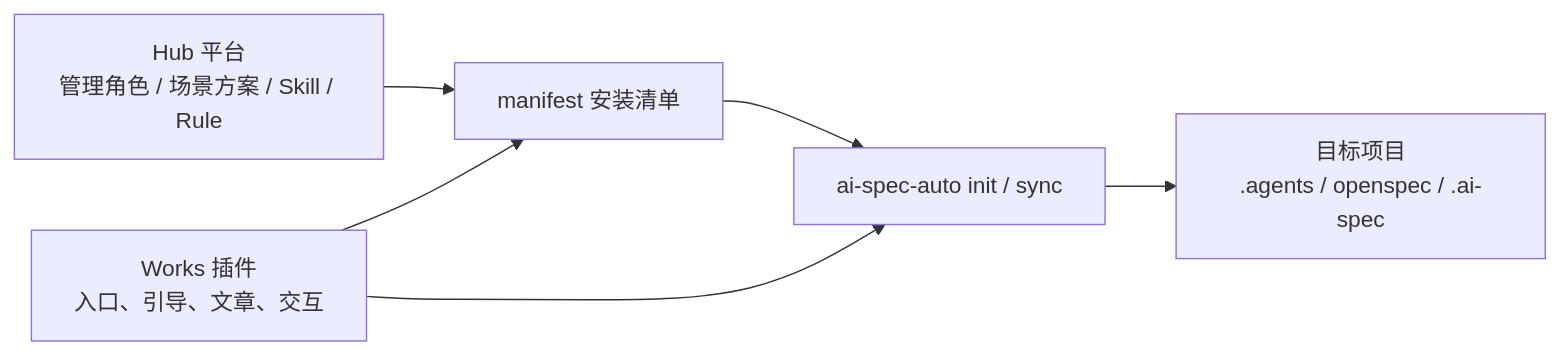
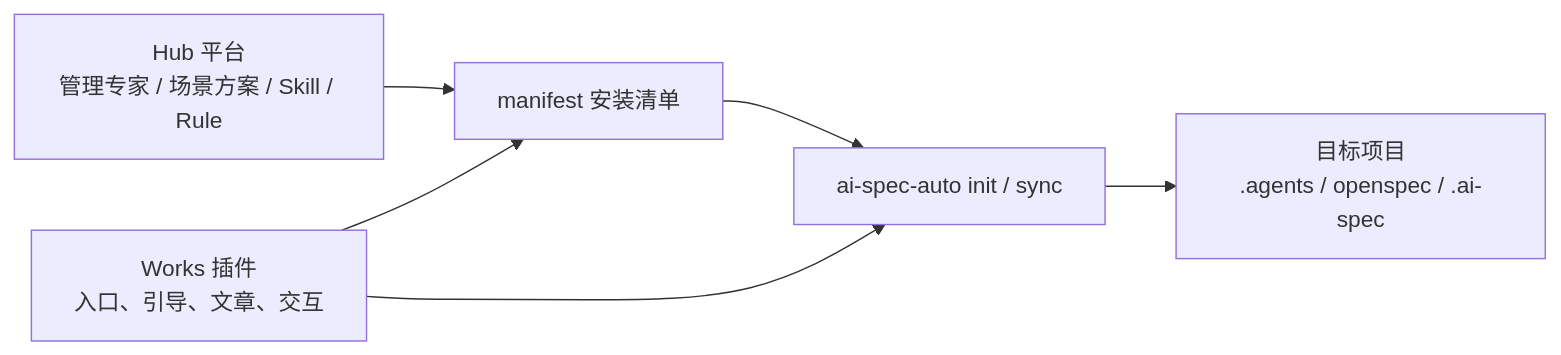
One commit to Colouful/br-ai-spec changed the fourth of 7 diagrams in docs/paser_three/开发人员规范化开发实践-流程图版.md. Above: the diagram before and after it, drawn with Mermaid. The commit also changed other lines of this file and 17 other files, not shown here.

````diff
--- a/docs/paser_three/开发人员规范化开发实践-流程图版.md
+++ b/docs/paser_three/开发人员规范化开发实践-流程图版.md
@@ -228,8 +228,8 @@
 ```mermaid
 flowchart LR
-    A["Hub 平台<br/>管理角色 / 场景方案 / Skill / Rule"] --> B["manifest 安装清单"]
+    A["Hub 平台<br/>管理专家 / 场景方案 / Skill / Rule"] --> B["manifest 安装清单"]
     B --> C["ai-spec-auto init / sync"]
     C --> D["目标项目<br/>.agents / openspec / .ai-spec"]
     E["Works 插件<br/>入口、引导、文章、交互"] --> B
     E --> C
 ```
````
